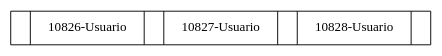
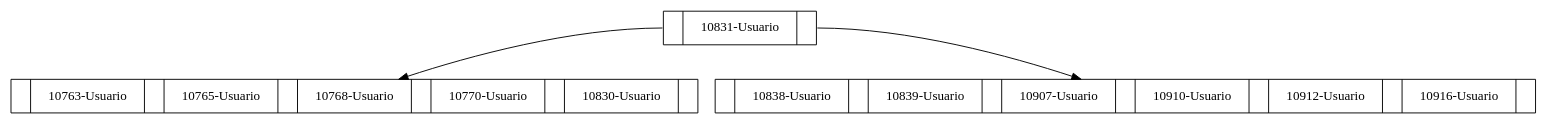
One commit to Juandi22001/Proyecto2_Edd changed the diagram in Proyecto2Edd/salida.dot. Above: the diagram before and after it, drawn with Graphviz. The commit also changed 30 other files, not shown here.

```diff
--- a/Proyecto2Edd/salida.dot
+++ b/Proyecto2Edd/salida.dot
@@ -1,7 +1,11 @@
 digraph ArbolB{
 
 node[shape=record];
-Nodo1364935737[label="<P0>|10826-Usuario|<P1>|10827-Usuario|<P2>|10828-Usuario|<P3>"];
+Nodo779237240[label="<P0>|10831-Usuario|<P1>"];
+Nodo25761027[label="<P0>|10763-Usuario|<P1>|10765-Usuario|<P2>|10768-Usuario|<P3>|10770-Usuario|<P4>|10830-Usuario|<P5>"];
+Nodo779237240:P0 -> Nodo25761027;
+Nodo319813103[label="<P0>|10838-Usuario|<P1>|10839-Usuario|<P2>|10907-Usuario|<P3>|10910-Usuario|<P4>|10912-Usuario|<P5>|10916-Usuario|<P6>"];
+Nodo779237240:P1 -> Nodo319813103;
 
 
 }
```
